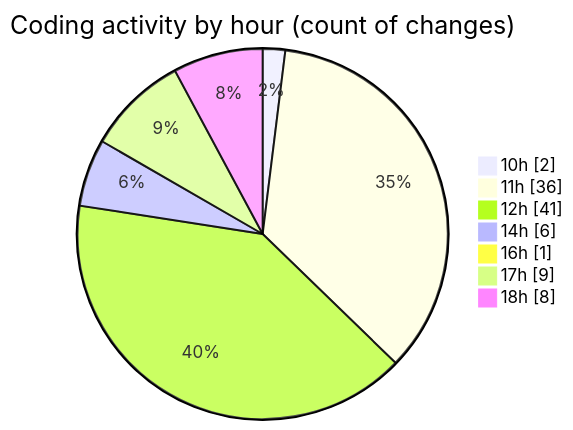
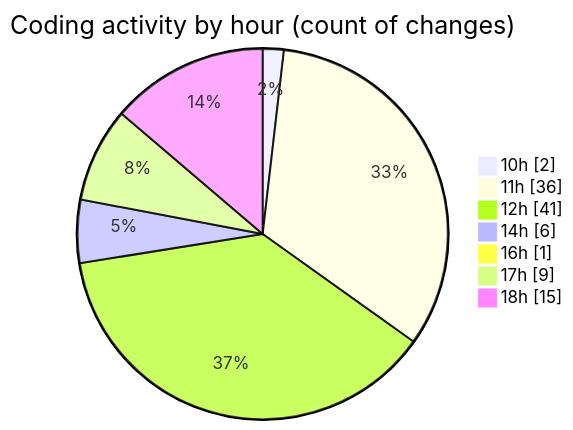
One commit to nxtqubesakshisongat/code-tracking changed the second of 2 diagrams in 2025-05-13/argos-dev/README.md. Above: the diagram before and after it, drawn with Mermaid. The commit also changed other lines of this file and 1 other file, not shown here.

````diff
--- a/2025-05-13/argos-dev/README.md
+++ b/2025-05-13/argos-dev/README.md
@@ -34,11 +34,11 @@
 ```mermaid
 pie showData
 title Coding activity by hour (count of changes)
 "10h" : 2
 "11h" : 36
 "12h" : 41
 "14h" : 6
 "16h" : 1
 "17h" : 9
-"18h" : 8
+"18h" : 15
 ```
````
